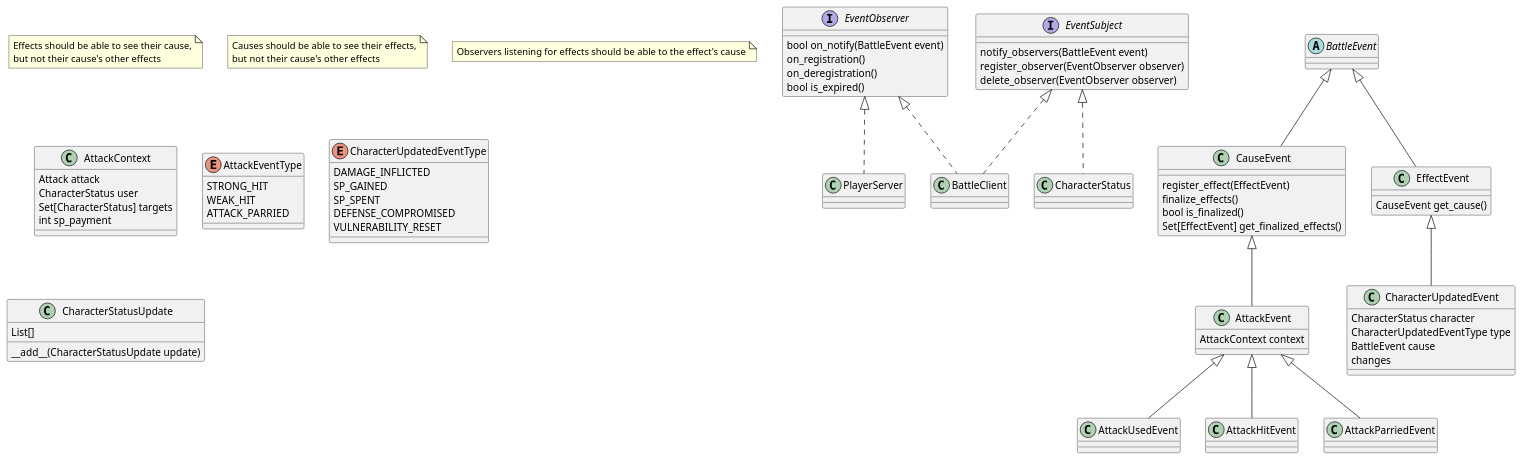
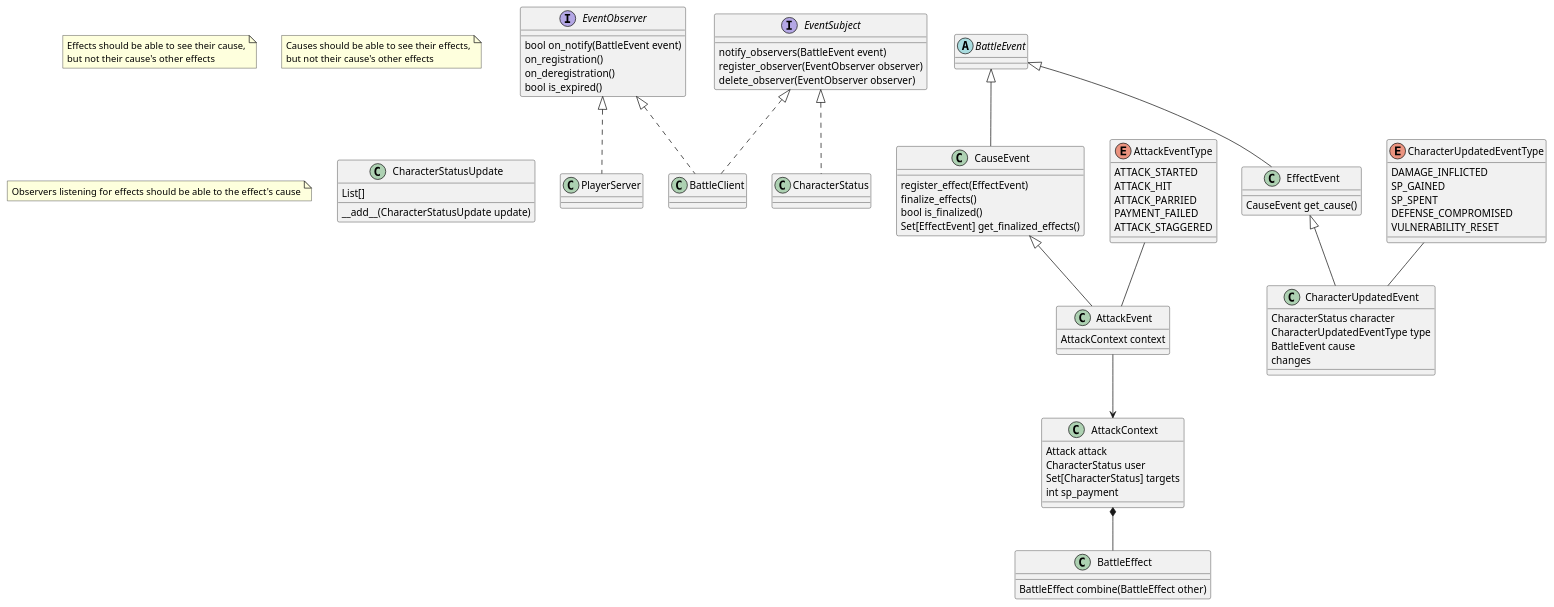
One commit to unfallible/jrpg_engine_experiment changed the diagram in docs/diagrams/EventOverview.puml. Above: the diagram before and after it, drawn with PlantUML. The commit also changed 11 other files, not shown here.

Commit message:
Added events for vulnerability changes and character death. Added very simple enemy AI. Updated BattleClient's event handler to print dialogue more slowly

```diff
--- a/docs/diagrams/EventOverview.puml
+++ b/docs/diagrams/EventOverview.puml
@@ -1,138 +1,116 @@
 @startuml
 'https://plantuml.com/class-diagram
 
 interface EventObserver {
     bool on_notify(BattleEvent event)
     on_registration()
     on_deregistration()
     bool is_expired()
     'expire()
 }
 EventObserver <|.. BattleClient
 EventObserver <|.. PlayerServer
 
 interface EventSubject {
     notify_observers(BattleEvent event)
     register_observer(EventObserver observer)
     delete_observer(EventObserver observer)
 }
 EventSubject <|.. CharacterStatus
 EventSubject <|.. BattleClient
 
 abstract class BattleEvent {
 
 }
 
 note "Effects should be able to see their cause,\nbut not their cause's other effects" as n1
 note "Causes should be able to see their effects,\nbut not their cause's other effects" as n2
 note "Observers listening for effects should be able to the effect's cause" as n3
 
 class CauseEvent {
     register_effect(EffectEvent)
     finalize_effects()
     bool is_finalized()
     Set[EffectEvent] get_finalized_effects()
 }
 BattleEvent <|-- CauseEvent
 
 class EffectEvent {
     CauseEvent get_cause()
 }
 BattleEvent <|-- EffectEvent
 
 class CharacterUpdatedEvent {
     CharacterStatus character
     CharacterUpdatedEventType type
     BattleEvent cause
     changes
 }
 EffectEvent <|-- CharacterUpdatedEvent
 
-/'
-class CharacterDamagedEvent
-CharacterUpdatedEvent <|-- CharacterDamagedEvent
-
-class CharacterStaggeredEvent
-CharacterUpdatedEvent <|-- CharacterStaggeredEvent
-
-class CharacterGainedSpEvent
-CharacterUpdatedEvent <|-- CharacterGainedSpEvent
-
-class CharacterPaidCostEvent
-CharacterUpdatedEvent <|-- CharacterPaidCostEvent
-
-class CharacterDefenseCompromisedEvent
-CharacterUpdatedEvent <|-- CharacterDefenseCompromisedEvent
-
-class CharacterVulnerabilityResetEvent
-CharacterUpdatedEvent <|-- CharacterVulnerabilityResetEvent
-'/
-
 class AttackEvent {
     AttackContext context
 }
 CauseEvent <|-- AttackEvent
 
 class AttackContext {
     Attack attack
     CharacterStatus user
     Set[CharacterStatus] targets
     int sp_payment
-
-
-
 }
 
-class AttackUsedEvent
-AttackEvent <|-- AttackUsedEvent
+class BattleEffect {
+    BattleEffect combine(BattleEffect other)
+}
+AttackContext *-- BattleEffect
 
-class AttackHitEvent
-AttackEvent <|-- AttackHitEvent
-
-class AttackParriedEvent
-AttackEvent <|-- AttackParriedEvent
-
-
+class AttackContext
+AttackEvent --> AttackContext
 
 /'
+
 class PartyEvent
 BattleEvent <|-- PartyEvent
 
 class PartyStartTurnEvent
 PartyEvent <|-- PartyStartTurnEvent
 
 class PartyTurnIntervalEvent
 PartyEvent <|-- PartyTurnIntervalEvent
 
 class PartyEndTurnEvent
 PartyEvent <|-- PartyEndTurnEvent
 
 class PartyWipedOutEvent
 PartyEvent <|-- PartyWipedOutEvent
 
 class CharacterStatus
 EventSubject <|.. CharacterStatus
 '/
 
 enum AttackEventType {
-    STRONG_HIT
-    WEAK_HIT
+    ATTACK_STARTED
+    ATTACK_HIT
     ATTACK_PARRIED
-
+    PAYMENT_FAILED
+    ATTACK_STAGGERED
 }
+AttackEventType -- AttackEvent
 
 enum CharacterUpdatedEventType {
     DAMAGE_INFLICTED
     SP_GAINED
     SP_SPENT
     DEFENSE_COMPROMISED
     VULNERABILITY_RESET
 }
+CharacterUpdatedEventType -- CharacterUpdatedEvent
 
 class CharacterStatusUpdate {
     List[]
     __add__(CharacterStatusUpdate update)
 
 }
 
 @enduml
```
